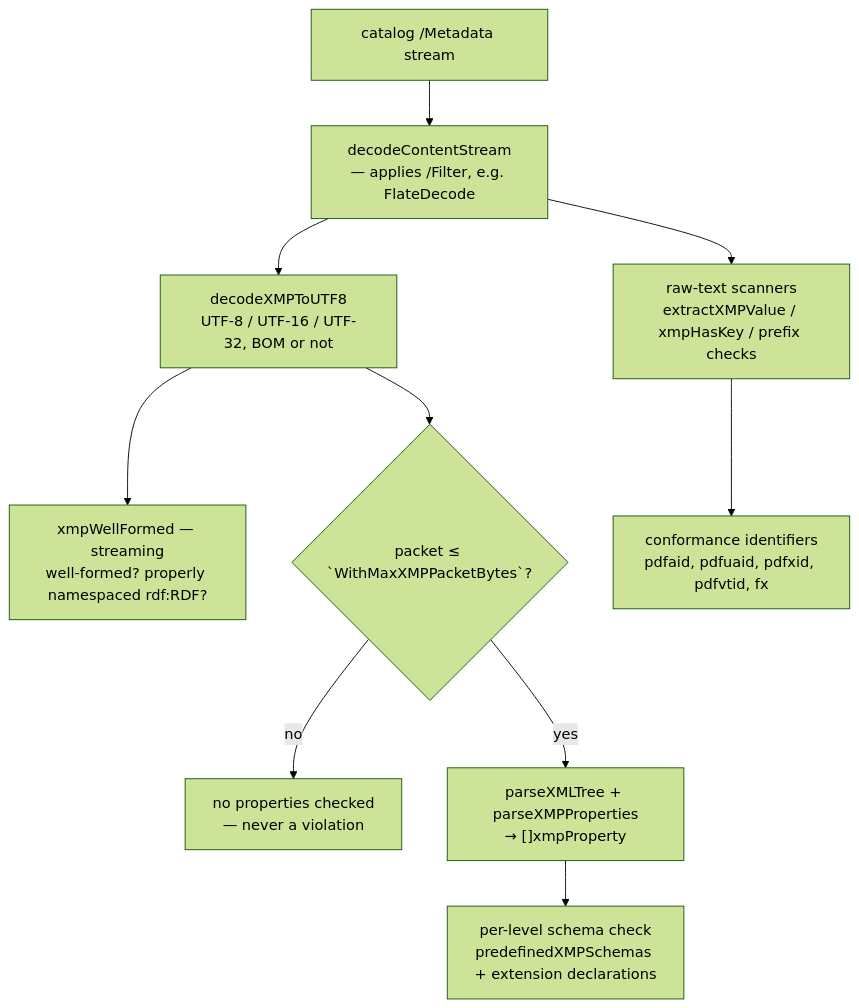
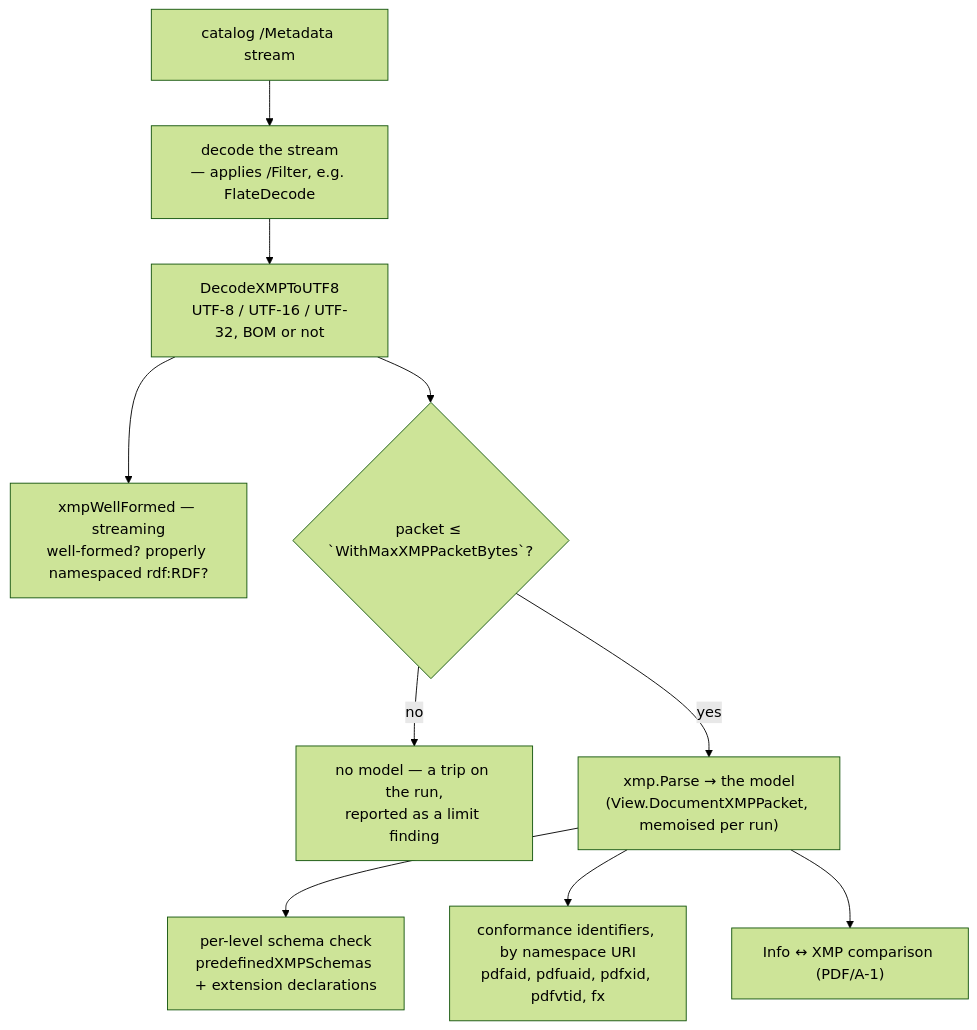
One commit to mgilbir/pdf0 changed the diagram in docs/xmp.md. Above: the diagram before and after it, drawn with Mermaid (forest theme). The commit also changed other lines of this file and 3 other files, not shown here.

````diff
--- a/docs/xmp.md
+++ b/docs/xmp.md
@@ -17,12 +18,12 @@
 ```mermaid
 flowchart TD
-    S["catalog /Metadata stream"] --> F["decodeContentStream<br/>— applies /Filter, e.g. FlateDecode"]
-    F --> E["decodeXMPToUTF8<br/>UTF-8 / UTF-16 / UTF-32, BOM or not"]
+    S["catalog /Metadata stream"] --> F["decode the stream<br/>— applies /Filter, e.g. FlateDecode"]
+    F --> E["DecodeXMPToUTF8<br/>UTF-8 / UTF-16 / UTF-32, BOM or not"]
     E --> W["xmpWellFormed — streaming<br/>well-formed? properly namespaced rdf:RDF?"]
     E --> C{"packet ≤ `WithMaxXMPPacketBytes`?"}
-    C -->|no| SKIP["no properties checked<br/>— never a violation"]
-    C -->|yes| T["parseXMLTree + parseXMPProperties<br/>→ []xmpProperty"]
-    T --> P["per-level schema check<br/>predefinedXMPSchemas + extension declarations"]
-    F --> R["raw-text scanners<br/>extractXMPValue / xmpHasKey / prefix checks"]
-    R --> ID["conformance identifiers<br/>pdfaid, pdfuaid, pdfxid, pdfvtid, fx"]
+    C -->|no| LIM["no model — a trip on the run,<br/>reported as a limit finding"]
+    C -->|yes| M["xmp.Parse → the model<br/>(View.DocumentXMPPacket, memoised per run)"]
+    M --> P["per-level schema check<br/>predefinedXMPSchemas + extension declarations"]
+    M --> ID["conformance identifiers, by namespace URI<br/>pdfaid, pdfuaid, pdfxid, pdfvtid, fx"]
+    M --> IX["Info ↔ XMP comparison (PDF/A-1)"]
 ```
````
